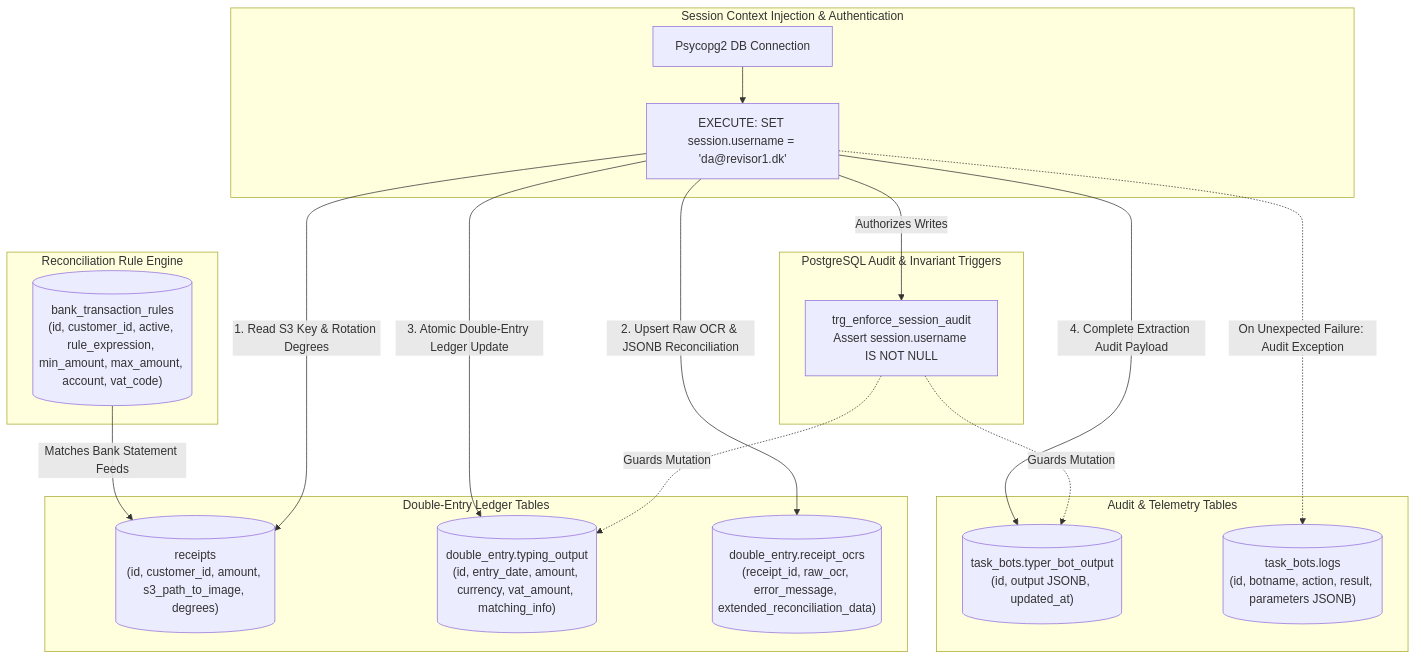
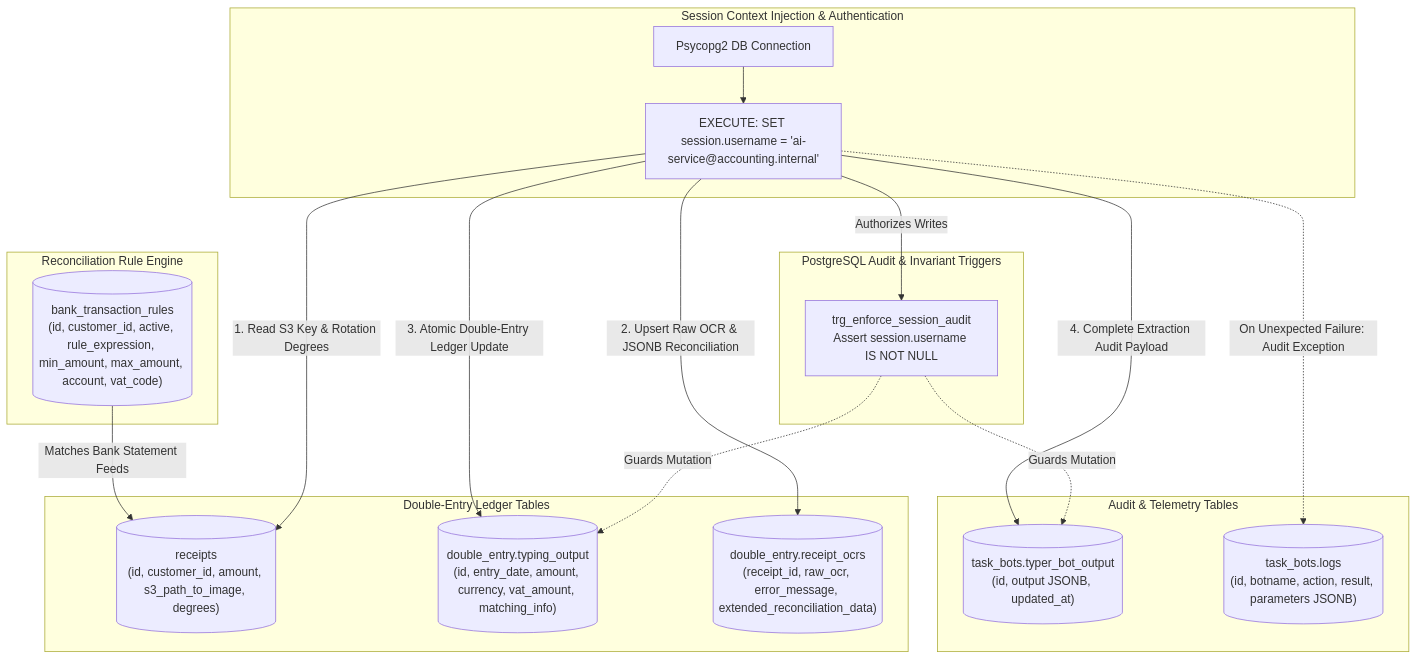
One commit to Nawaz393/receipt-ai-automation-architecture changed the diagram in diagrams/database-integration.mmd. Above: the diagram before and after it, drawn with Mermaid. The commit also changed 14 other files, not shown here.

```diff
--- a/diagrams/database-integration.mmd
+++ b/diagrams/database-integration.mmd
@@ -1,37 +1,37 @@
 flowchart TD
     subgraph BotSession["Session Context Injection & Authentication"]
         CONN["Psycopg2 DB Connection"]
-        SET_SESSION["EXECUTE: SET session.username = 'da@revisor1.dk'"]
+        SET_SESSION["EXECUTE: SET session.username = 'ai-service@accounting.internal'"]
         CONN --> SET_SESSION
     end
 
     subgraph CoreTables["Double-Entry Ledger Tables"]
         RECEIPTS[("receipts<br/>(id, customer_id, amount, s3_path_to_image, degrees)")]
         TYPING_OUT[("double_entry.typing_output<br/>(id, entry_date, amount, currency, vat_amount, matching_info)")]
         RECEIPT_OCRS[("double_entry.receipt_ocrs<br/>(receipt_id, raw_ocr, error_message, extended_reconciliation_data)")]
     end
 
     subgraph AuditLogs["Audit & Telemetry Tables"]
         TYPER_BOT_OUT[("task_bots.typer_bot_output<br/>(id, output JSONB, updated_at)")]
         BOT_LOGS[("task_bots.logs<br/>(id, botname, action, result, parameters JSONB)")]
     end
 
     subgraph BankRules["Reconciliation Rule Engine"]
         BANK_RULES[("bank_transaction_rules<br/>(id, customer_id, active, rule_expression, min_amount, max_amount, account, vat_code)")]
     end
 
     subgraph Triggers["PostgreSQL Audit & Invariant Triggers"]
         TRIG_AUDIT["trg_enforce_session_audit<br/>Assert session.username IS NOT NULL"]
     end
 
     SET_SESSION -->|"Authorizes Writes"| TRIG_AUDIT
     TRIG_AUDIT -.->|"Guards Mutation"| TYPING_OUT
     TRIG_AUDIT -.->|"Guards Mutation"| TYPER_BOT_OUT
 
     SET_SESSION -->|"1. Read S3 Key & Rotation Degrees"| RECEIPTS
     SET_SESSION -->|"2. Upsert Raw OCR & JSONB Reconciliation"| RECEIPT_OCRS
     SET_SESSION -->|"3. Atomic Double-Entry Ledger Update"| TYPING_OUT
     SET_SESSION -->|"4. Complete Extraction Audit Payload"| TYPER_BOT_OUT
     SET_SESSION -.->|"On Unexpected Failure: Audit Exception"| BOT_LOGS
 
     BANK_RULES -->|"Matches Bank Statement Feeds"| RECEIPTS
```
